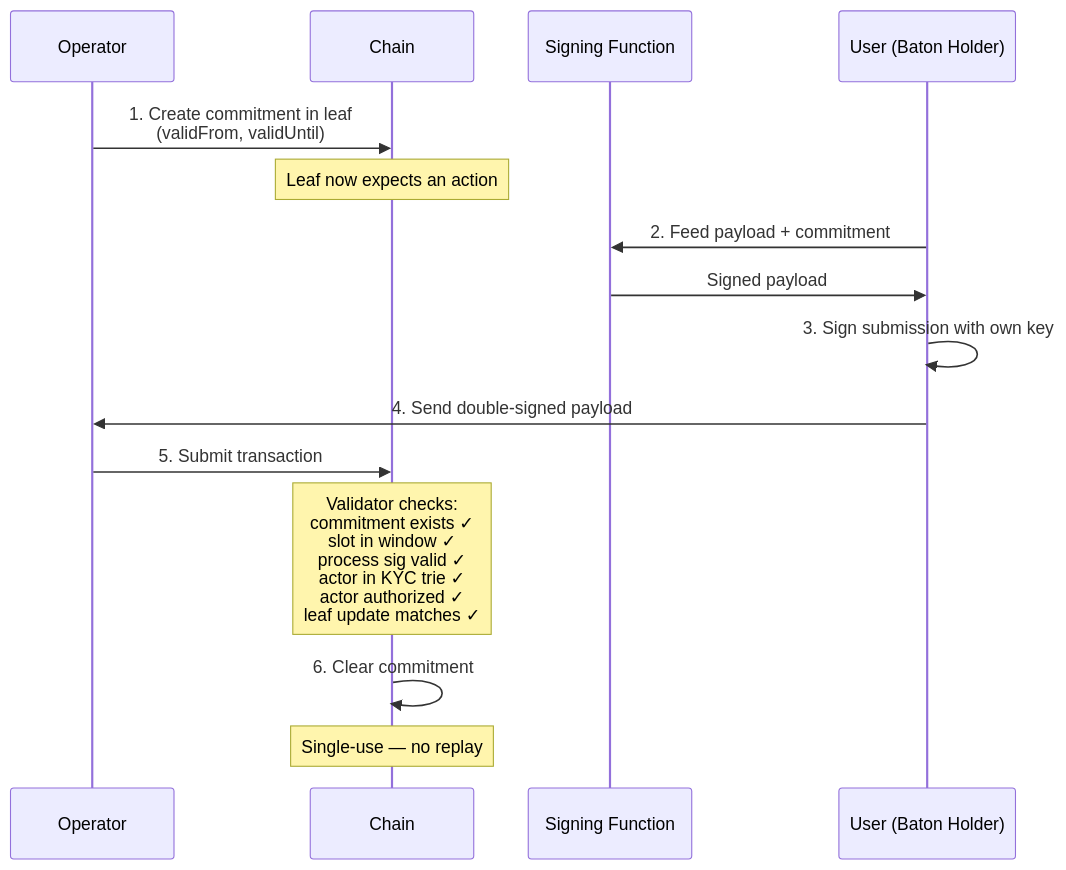
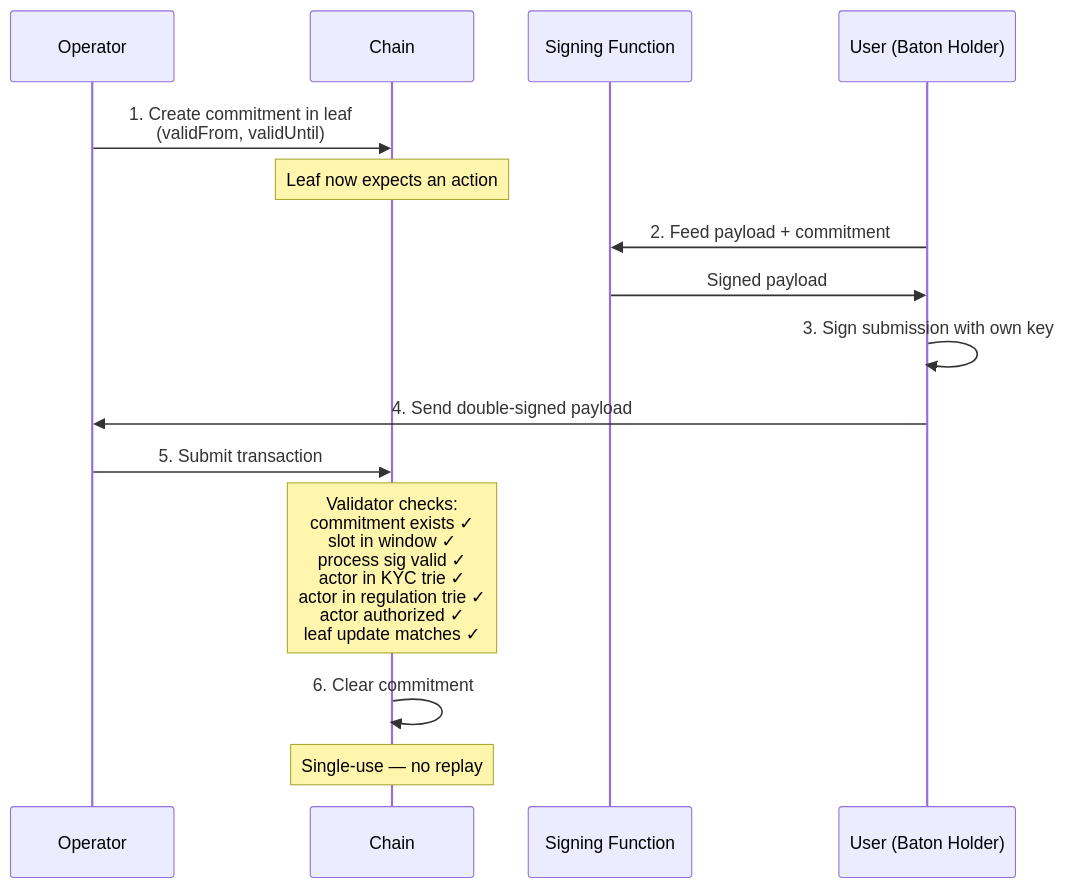
One commit to lambdasistemi/cardano-for-regulators changed diagram 14 of 19 in docs/framework/schema.md. Above: the diagram before and after it, drawn with Mermaid. The commit also changed other lines of this file and 1 other file, not shown here.

Commit message:
add regulation trie, on-chain/off-chain verification split, institutional responsibility

````diff
--- a/docs/framework/schema.md
+++ b/docs/framework/schema.md
@@ -384,24 +510,24 @@
 ```mermaid
 sequenceDiagram
     participant O as Operator
     participant C as Chain
     participant SF as Signing Function
     participant U as User (Baton Holder)
 
     O->>C: 1. Create commitment in leaf<br/>(validFrom, validUntil)
     Note over C: Leaf now expects an action
 
     U->>SF: 2. Feed payload + commitment
     SF->>U: Signed payload
 
     U->>U: 3. Sign submission with own key
 
     U->>O: 4. Send double-signed payload
 
     O->>C: 5. Submit transaction
 
-    Note over C: Validator checks:<br/>commitment exists ✓<br/>slot in window ✓<br/>process sig valid ✓<br/>actor in KYC trie ✓<br/>actor authorized ✓<br/>leaf update matches ✓
+    Note over C: Validator checks:<br/>commitment exists ✓<br/>slot in window ✓<br/>process sig valid ✓<br/>actor in KYC trie ✓<br/>actor in regulation trie ✓<br/>actor authorized ✓<br/>leaf update matches ✓
 
     C->>C: 6. Clear commitment
     Note over C: Single-use — no replay
 ```
````
